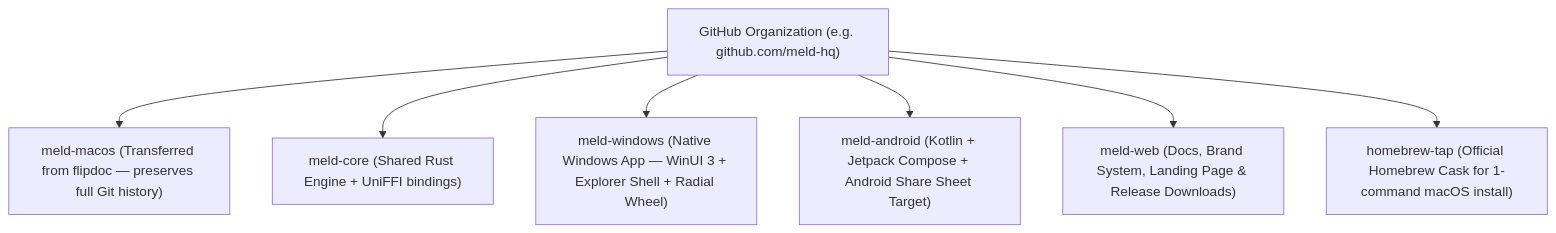
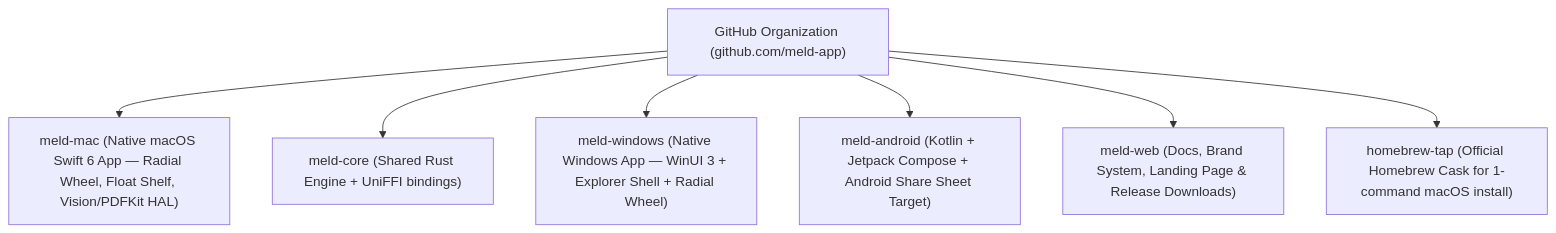
The diagram in Docs/ROADMAP.md (omrajput14/flipdoc), drawn with Mermaid before and after one commit. The commit also changed 1 other file, not shown here.

Commit message:
docs: update repository URLs to meld-app/meld-mac

````diff
--- a/Docs/ROADMAP.md
+++ b/Docs/ROADMAP.md
@@ -12,10 +12,10 @@
 ```mermaid
 flowchart TD
-    Org["GitHub Organization (e.g. github.com/meld-hq)"]
-    Org --> Mac["meld-macos (Transferred from flipdoc — preserves full Git history)"]
+    Org["GitHub Organization (github.com/meld-app)"]
+    Org --> Mac["meld-mac (Native macOS Swift 6 App — Radial Wheel, Float Shelf, Vision/PDFKit HAL)"]
     Org --> Core["meld-core (Shared Rust Engine + UniFFI bindings)"]
     Org --> Win["meld-windows (Native Windows App — WinUI 3 + Explorer Shell + Radial Wheel)"]
     Org --> And["meld-android (Kotlin + Jetpack Compose + Android Share Sheet Target)"]
     Org --> Web["meld-web (Docs, Brand System, Landing Page & Release Downloads)"]
     Org --> Tap["homebrew-tap (Official Homebrew Cask for 1-command macOS install)"]
 ```
````
